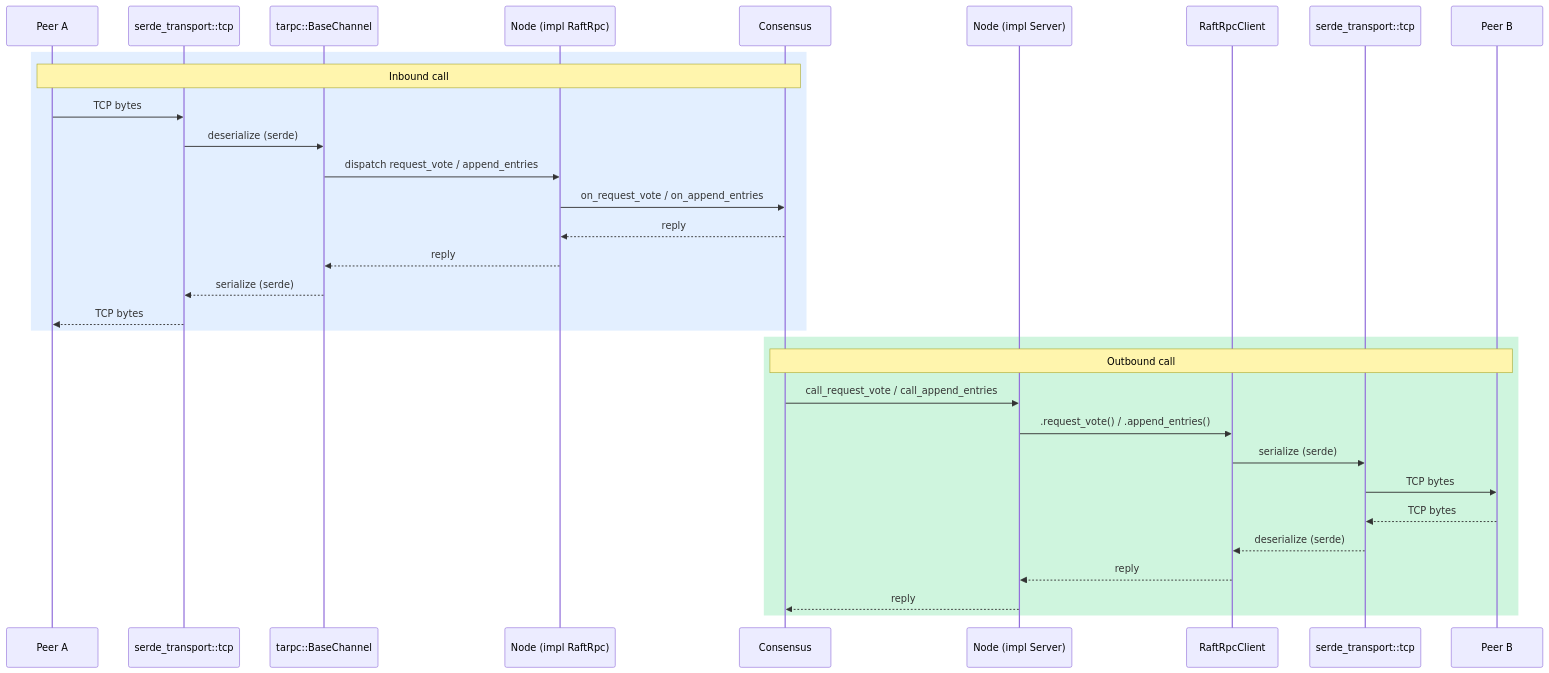
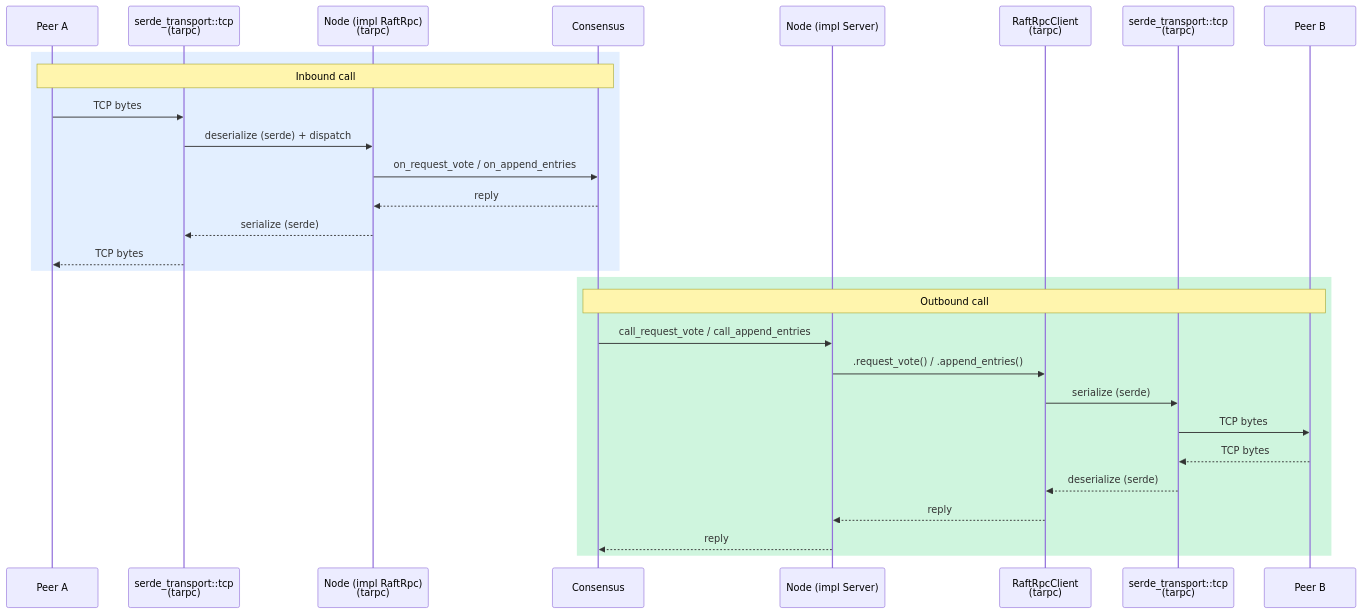
One commit to evdzhurov/raft-rs changed the diagram in docs/architecture.md. Above: the diagram before and after it, drawn with Mermaid.

Commit message:
Cleanup the architecture diagram

````diff
--- a/docs/architecture.md
+++ b/docs/architecture.md
@@ -3,36 +3,34 @@
 ```mermaid
 sequenceDiagram
     participant PeerA as Peer A
-    participant transport as serde_transport::tcp
-    participant BC as tarpc::BaseChannel
-    participant Node as Node (impl RaftRpc)
+    participant transport as serde_transport::tcp<br/>(tarpc)
+    participant Node as Node (impl RaftRpc)<br/>(tarpc)
     participant Consensus
     participant ServerImpl as Node (impl Server)
-    participant Client as RaftRpcClient
-    participant transport_out as serde_transport::tcp
+    participant Client as RaftRpcClient<br/>(tarpc)
+    participant transport_out as serde_transport::tcp<br/>(tarpc)
     participant PeerB as Peer B
+
 
     rect rgb(227, 239, 255)
         Note over PeerA, Consensus: Inbound call
         PeerA  ->>  transport: TCP bytes
-        transport ->> BC: deserialize (serde)
-        BC ->> Node: dispatch request_vote / append_entries
+        transport ->> Node: deserialize (serde) + dispatch
         Node ->> Consensus: on_request_vote / on_append_entries
         Consensus -->> Node: reply
-        Node -->> BC: reply
-        BC -->> transport: serialize (serde)
+        Node -->> transport: serialize (serde)
         transport -->> PeerA: TCP bytes
     end
 
     rect rgb(207, 245, 222)
         Note over Consensus, PeerB: Outbound call
         Consensus ->> ServerImpl: call_request_vote / call_append_entries
         ServerImpl ->> Client: .request_vote() / .append_entries()
         Client ->> transport_out: serialize (serde)
         transport_out ->> PeerB: TCP bytes
         PeerB -->> transport_out: TCP bytes
         transport_out -->> Client: deserialize (serde)
         Client -->> ServerImpl: reply
         ServerImpl -->> Consensus: reply
     end
 ```
````
